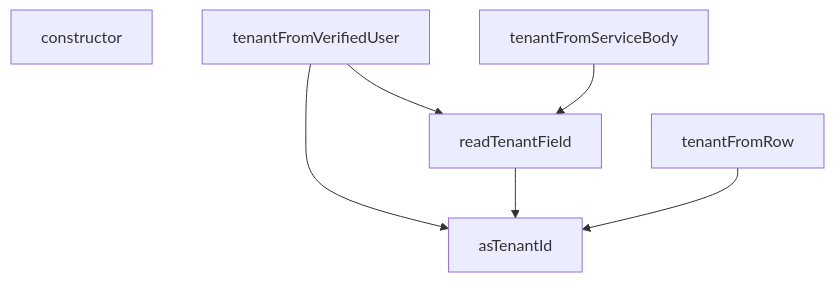
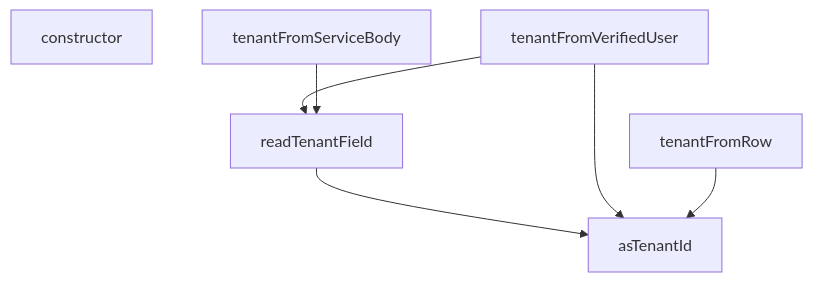
Diagram 14 of 14 in docs/supabase_functions_master.md (peckop/venthub-hvac-esite), drawn with Mermaid before and after one commit. The commit also changed other lines of this file and 80 other files, not shown here.

````diff
--- a/docs/supabase_functions_master.md
+++ b/docs/supabase_functions_master.md
@@ -5189,14 +5902,14 @@
 ```mermaid
 graph TD
     tenant_ts__asTenantId["asTenantId"]
     tenant_ts__constructor["constructor"]
     tenant_ts__readTenantField["readTenantField"]
     tenant_ts__tenantFromRow["tenantFromRow"]
     tenant_ts__tenantFromServiceBody["tenantFromServiceBody"]
     tenant_ts__tenantFromVerifiedUser["tenantFromVerifiedUser"]
+    tenant_ts__readTenantField --> tenant_ts__asTenantId
+    tenant_ts__tenantFromVerifiedUser --> tenant_ts__asTenantId
+    tenant_ts__tenantFromRow --> tenant_ts__asTenantId
     tenant_ts__tenantFromVerifiedUser --> tenant_ts__readTenantField
-    tenant_ts__tenantFromVerifiedUser --> tenant_ts__asTenantId
-    tenant_ts__readTenantField --> tenant_ts__asTenantId
     tenant_ts__tenantFromServiceBody --> tenant_ts__readTenantField
-    tenant_ts__tenantFromRow --> tenant_ts__asTenantId
 ```
````
